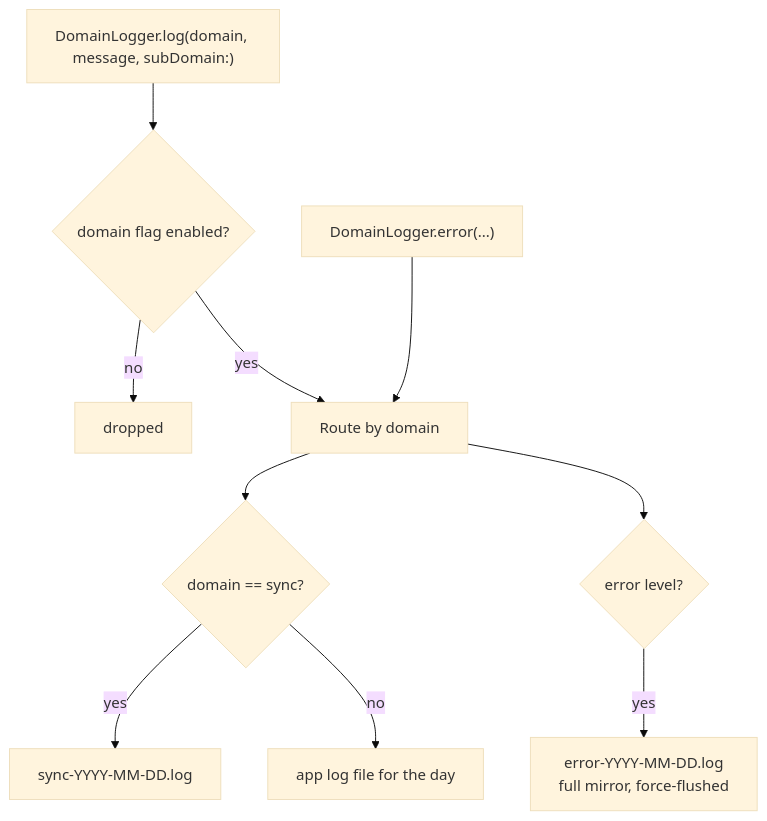
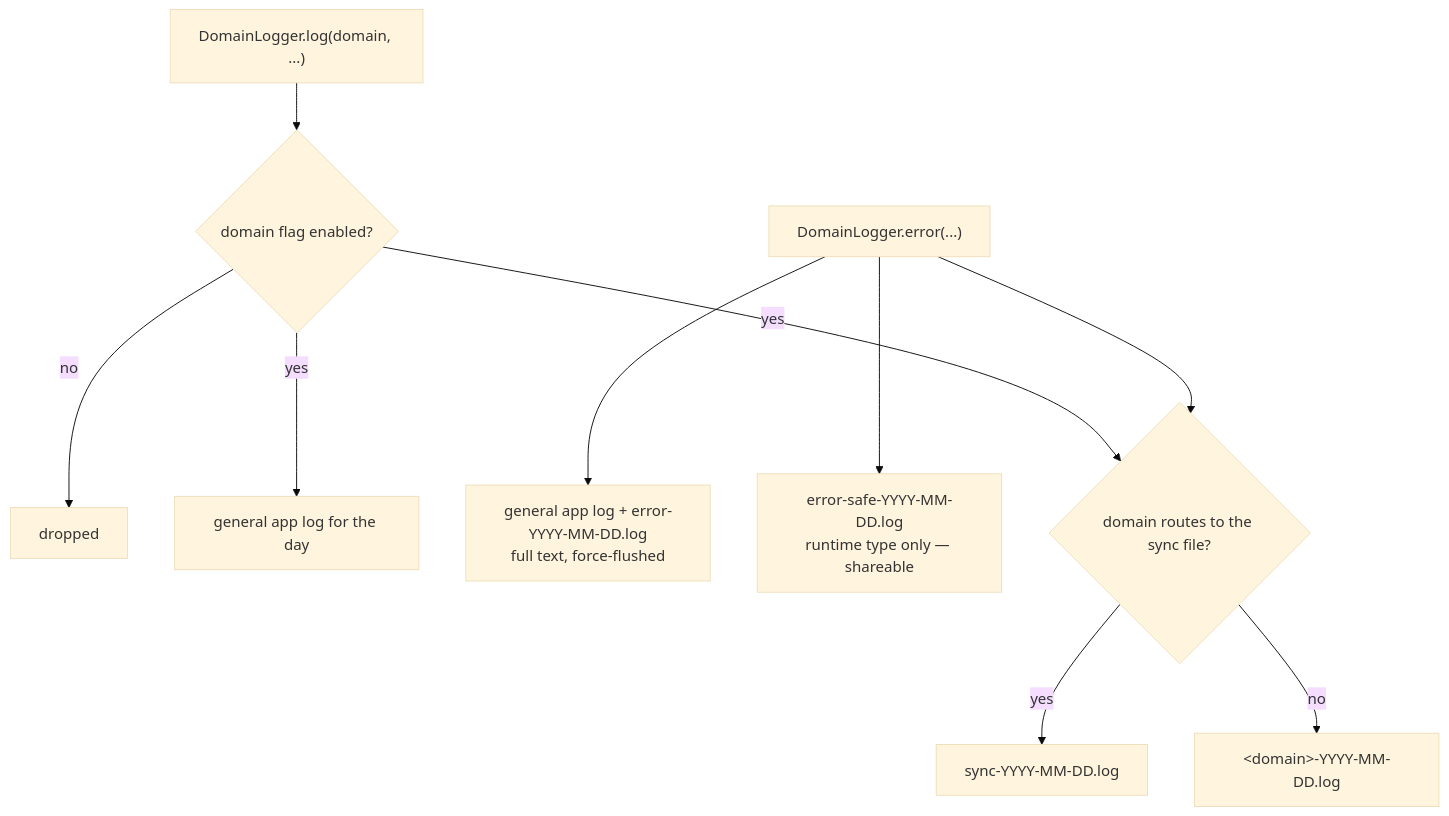
The diagram in knowledge/architecture/logging-and-diagnostics.md (matthiasn/lotti), drawn with Mermaid (base theme) before and after one commit. The commit also changed other lines of this file and 8 other files, not shown here.

````diff
--- a/knowledge/architecture/logging-and-diagnostics.md
+++ b/knowledge/architecture/logging-and-diagnostics.md
@@ -56,12 +56,12 @@
 ```mermaid
 flowchart TD
-  Call["DomainLogger.log(domain, message, subDomain:)"] --> Enabled{"domain flag enabled?"}
+  Log["DomainLogger.log(domain, ...)"] --> Enabled{"domain flag enabled?"}
   Enabled -->|no| Drop["dropped"]
-  Enabled -->|yes| Route
-  Err["DomainLogger.error(...)"] --> Route["Route by domain"]
-  Route --> SyncFile{"domain == sync?"}
-  SyncFile -->|yes| SyncLog["sync-YYYY-MM-DD.log"]
-  SyncFile -->|no| MainLog["app log file for the day"]
-  Route --> IsError{"error level?"}
-  IsError -->|yes| ErrLog["error-YYYY-MM-DD.log<br/>full mirror, force-flushed"]
+  Enabled -->|yes| General["general app log for the day"]
+  Err["DomainLogger.error(...)"] --> General2["general app log + error-YYYY-MM-DD.log<br/>full text, force-flushed"]
+  Err --> Safe["error-safe-YYYY-MM-DD.log<br/>runtime type only — shareable"]
+  Enabled -->|yes| PerDomain
+  Err --> PerDomain{"domain routes to the sync file?"}
+  PerDomain -->|yes| SyncLog["sync-YYYY-MM-DD.log"]
+  PerDomain -->|no| DomainLog["&lt;domain&gt;-YYYY-MM-DD.log"]
 ```
````
